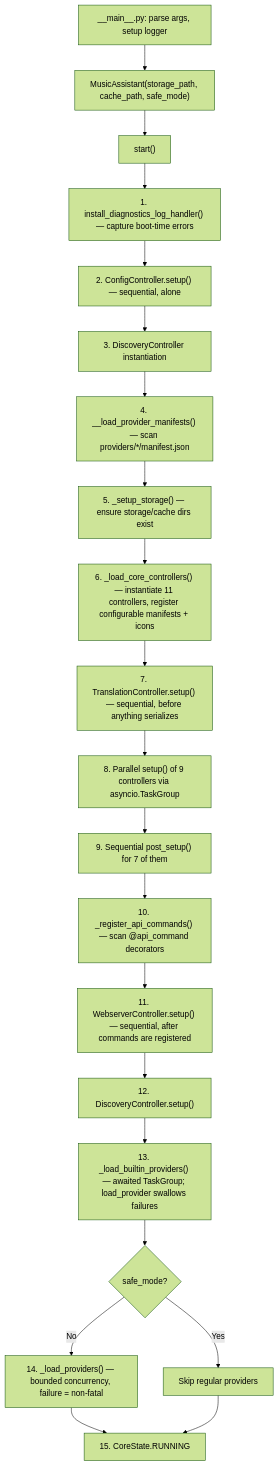
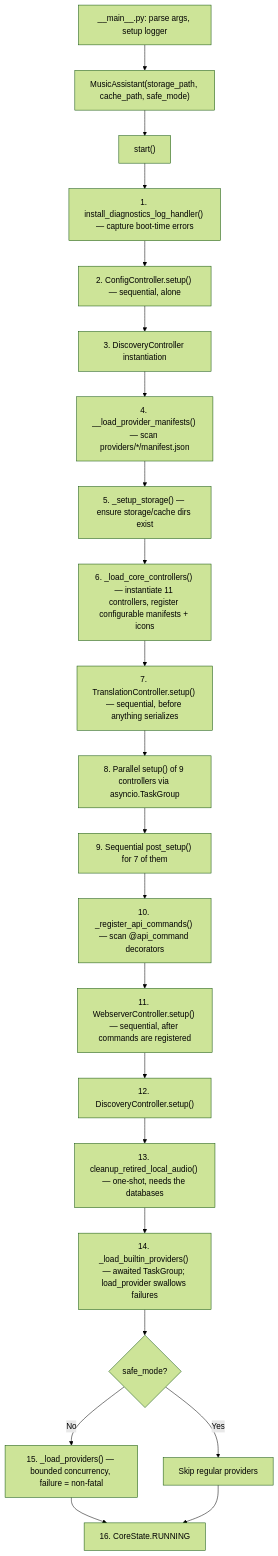
The diagram in docs/architecture/00-overview.md (theturtle32/music-assistant-server), drawn with Mermaid (forest theme) before and after one commit. The commit also changed other lines of this file and 15 other files, not shown here.

First line of the commit message:
docs(architecture): refresh streaming, players and lifecycle against upstream dev

````diff
--- a/docs/architecture/00-overview.md
+++ b/docs/architecture/00-overview.md
@@ -93,23 +93,24 @@
 ```mermaid
 flowchart TD
     A["__main__.py: parse args, setup logger"] --> B["MusicAssistant(storage_path, cache_path, safe_mode)"]
     B --> C["start()"]
     C --> C2["1. install_diagnostics_log_handler() — capture boot-time errors"]
     C2 --> D["2. ConfigController.setup() — sequential, alone"]
     D --> E["3. DiscoveryController instantiation"]
     E --> F["4. __load_provider_manifests() — scan providers/*/manifest.json"]
     F --> G["5. _setup_storage() — ensure storage/cache dirs exist"]
     G --> H["6. _load_core_controllers() — instantiate 11 controllers, register configurable manifests + icons"]
     H --> I["7. TranslationController.setup() — sequential, before anything serializes"]
     I --> J["8. Parallel setup() of 9 controllers via asyncio.TaskGroup"]
     J --> K["9. Sequential post_setup() for 7 of them"]
     K --> L["10. _register_api_commands() — scan @api_command decorators"]
     L --> M["11. WebserverController.setup() — sequential, after commands are registered"]
     M --> N["12. DiscoveryController.setup()"]
-    N --> O["13. _load_builtin_providers() — awaited TaskGroup; load_provider swallows failures"]
+    N --> N2["13. cleanup_retired_local_audio() — one-shot, needs the databases"]
+    N2 --> O["14. _load_builtin_providers() — awaited TaskGroup; load_provider swallows failures"]
     O --> P{"safe_mode?"}
-    P -- No --> Q["14. _load_providers() — bounded concurrency, failure = non-fatal"]
+    P -- No --> Q["15. _load_providers() — bounded concurrency, failure = non-fatal"]
     P -- Yes --> R["Skip regular providers"]
-    Q --> S["15. CoreState.RUNNING"]
+    Q --> S["16. CoreState.RUNNING"]
     R --> S
 ```
````
